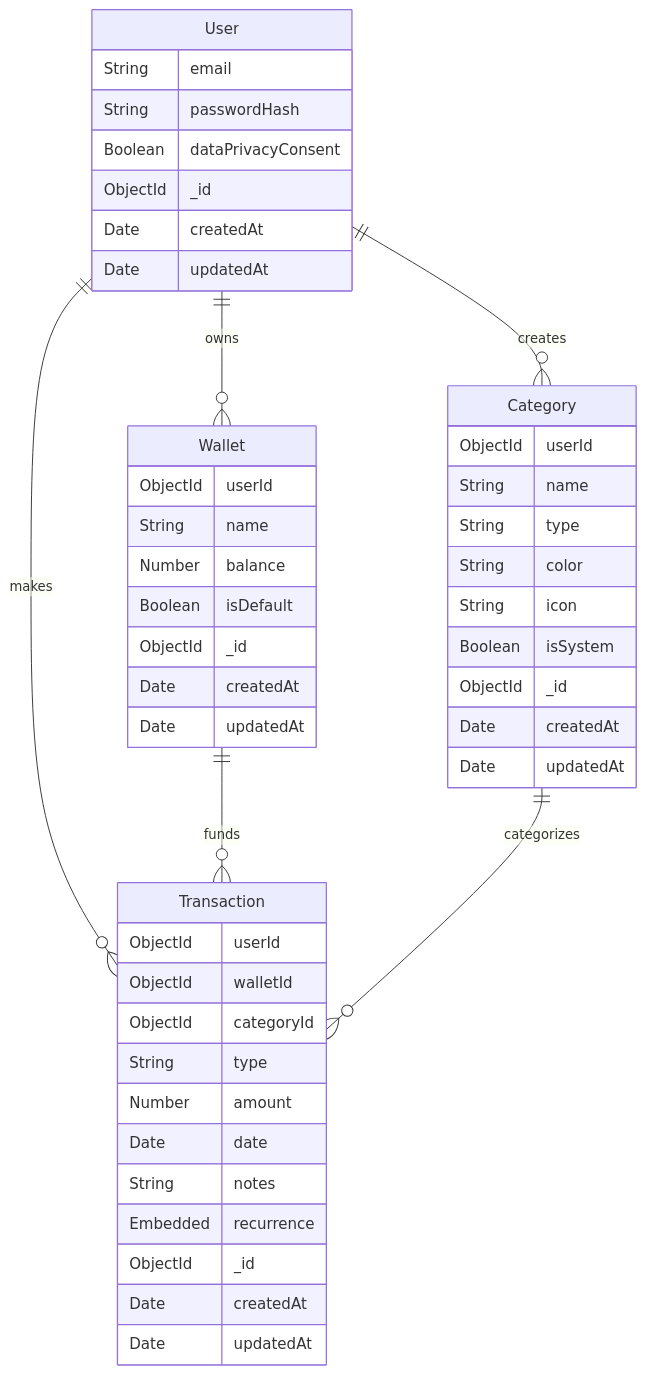
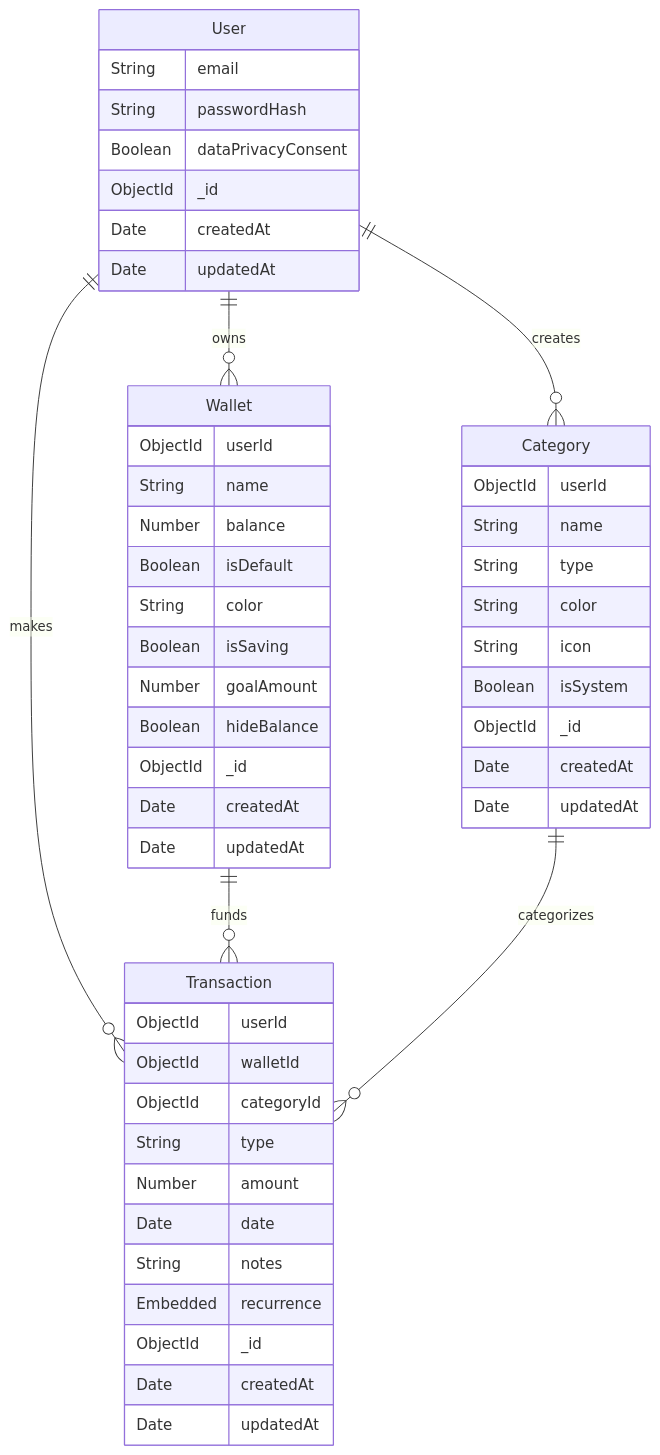
The diagram in docs/ERD.md (ComBiao/FinLover), drawn with Mermaid before and after one commit. The commit also changed 8 other files, not shown here.

Commit message:
feat: add wallet route skeleton (model fields, schemas, repository, wiring) #71

````diff
--- a/docs/ERD.md
+++ b/docs/ERD.md
@@ -3,54 +3,58 @@
 ```mermaid
 erDiagram
   User ||--o{ Wallet : "owns"
   User ||--o{ Category : "creates"
   User ||--o{ Transaction : "makes"
   Wallet ||--o{ Transaction : "funds"
   Category ||--o{ Transaction : "categorizes"
 
   User {
     String email
     String passwordHash
     Boolean dataPrivacyConsent
     ObjectId _id
     Date createdAt
     Date updatedAt
   }
 
   Wallet {
     ObjectId userId
     String name
     Number balance
     Boolean isDefault
+    String color
+    Boolean isSaving
+    Number goalAmount
+    Boolean hideBalance
     ObjectId _id
     Date createdAt
     Date updatedAt
   }
 
   Category {
     ObjectId userId
     String name
     String type
     String color
     String icon
     Boolean isSystem
     ObjectId _id
     Date createdAt
     Date updatedAt
   }
 
   Transaction {
     ObjectId userId
     ObjectId walletId
     ObjectId categoryId
     String type
     Number amount
     Date date
     String notes
     Embedded recurrence
     ObjectId _id
     Date createdAt
     Date updatedAt
   }
 
 ```
````
